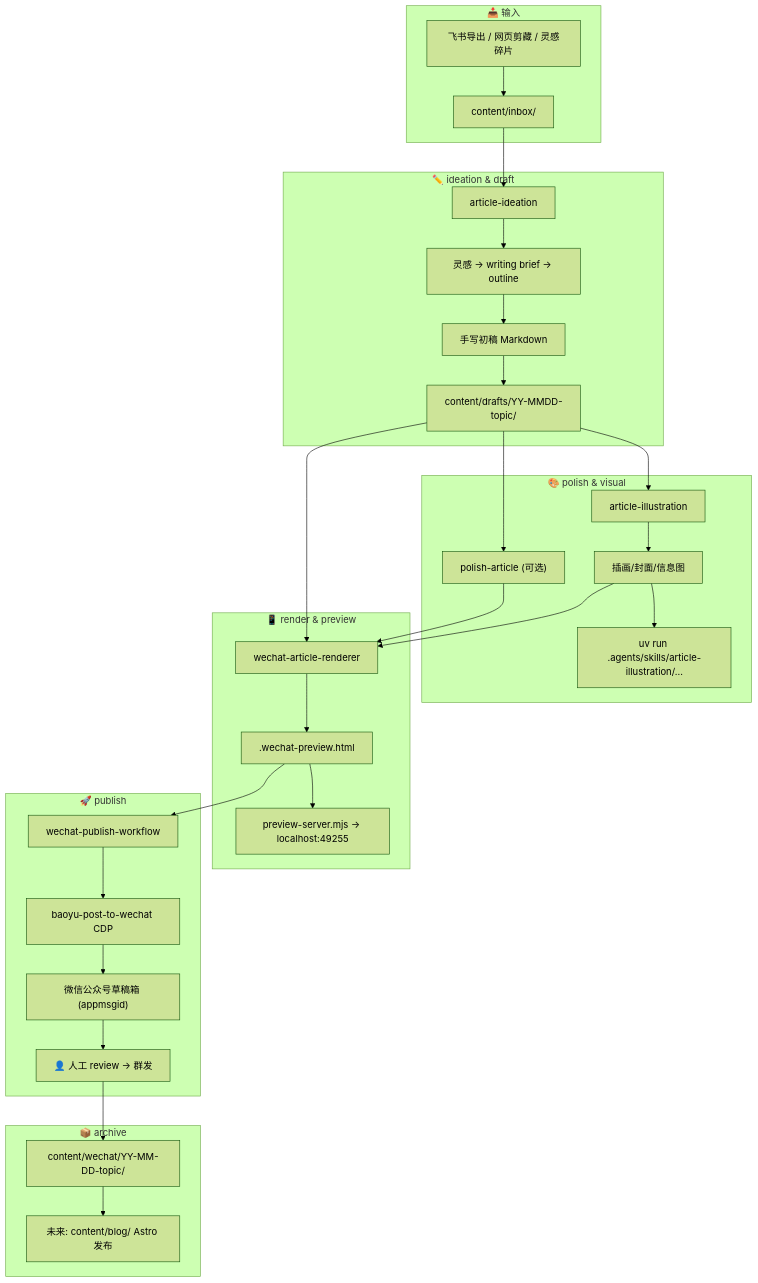
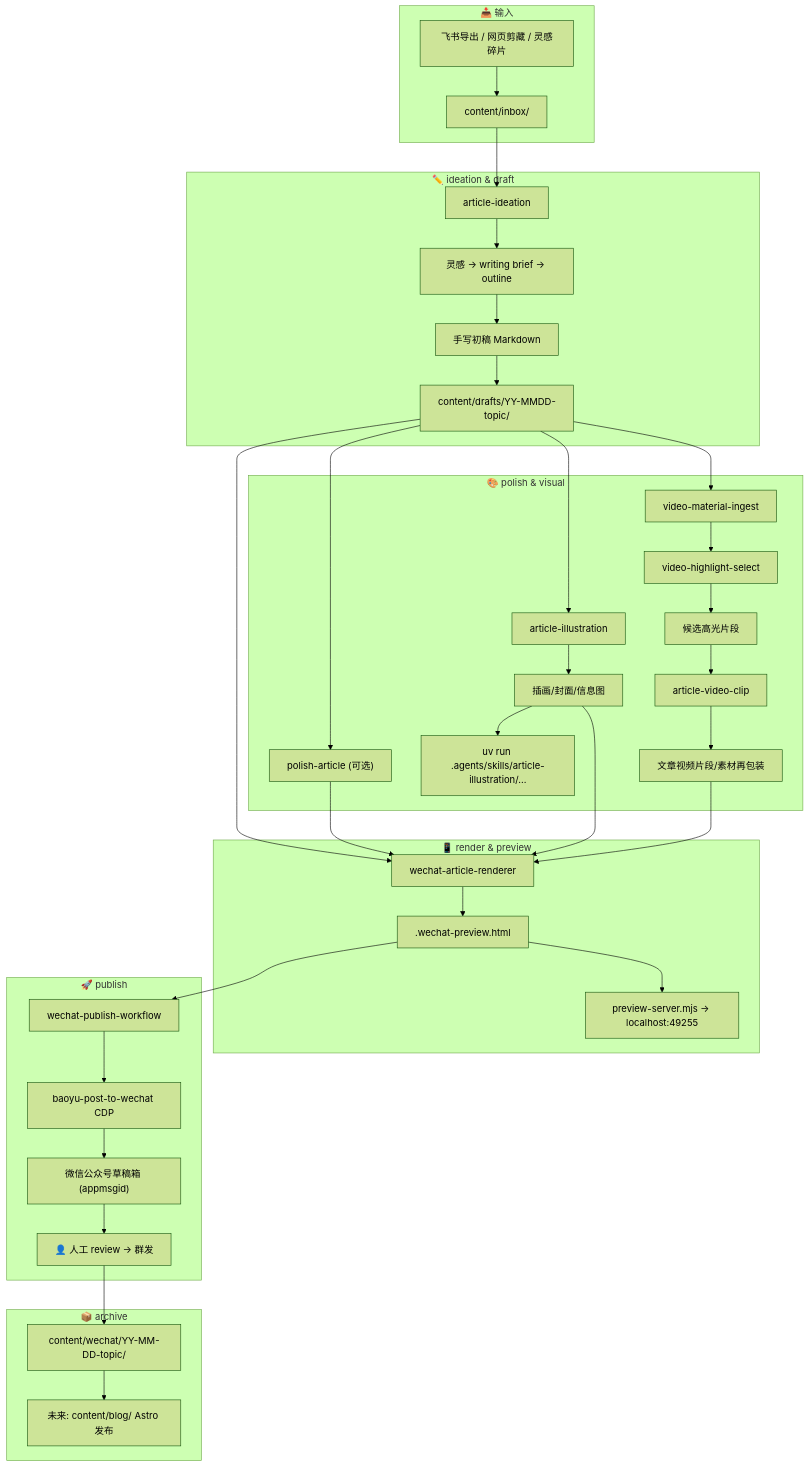
Before and after one commit to eriklee1895/writing-agent-harness: the diagram in docs/workflows/ai-writing-workflow.md, drawn with Mermaid (forest theme). The commit also changed other lines of this file and 56 other files, not shown here.

````diff
--- a/docs/workflows/ai-writing-workflow.md
+++ b/docs/workflows/ai-writing-workflow.md
@@ -5,40 +5,46 @@
 ```mermaid
 graph TD
     subgraph "📥 输入"
         A[飞书导出 / 网页剪藏 / 灵感碎片] --> B["content/inbox/"]
     end
 
     subgraph "✏️ ideation & draft"
         B --> C["article-ideation"]
         C --> D["灵感 → writing brief → outline"]
         D --> E["手写初稿 Markdown"]
         E --> F["content/drafts/YY-MMDD-topic/"]
     end
 
     subgraph "🎨 polish & visual"
         F --> G["polish-article (可选)"]
         F --> H["article-illustration"]
         H --> H1["插画/封面/信息图"]
         H1 --> H2["uv run .agents/skills/article-illustration/..."]
+        F --> V["video-material-ingest"]
+        V --> V1["video-highlight-select"]
+        V1 --> V2["候选高光片段"]
+        V2 --> V3["article-video-clip"]
+        V3 --> V4["文章视频片段/素材再包装"]
     end
 
     subgraph "📱 render & preview"
         F --> I["wechat-article-renderer"]
         G --> I
         H1 --> I
+        V4 --> I
         I --> I1[".wechat-preview.html"]
         I1 --> I2["preview-server.mjs → localhost:49255"]
     end
 
     subgraph "🚀 publish"
         I1 --> J["wechat-publish-workflow"]
         J --> K["baoyu-post-to-wechat CDP"]
         K --> L["微信公众号草稿箱 (appmsgid)"]
         L --> M["👤 人工 review → 群发"]
     end
 
     subgraph "📦 archive"
         M --> N["content/wechat/YY-MM-DD-topic/"]
         N --> O["未来: content/blog/ Astro 发布"]
     end
 ```
````
